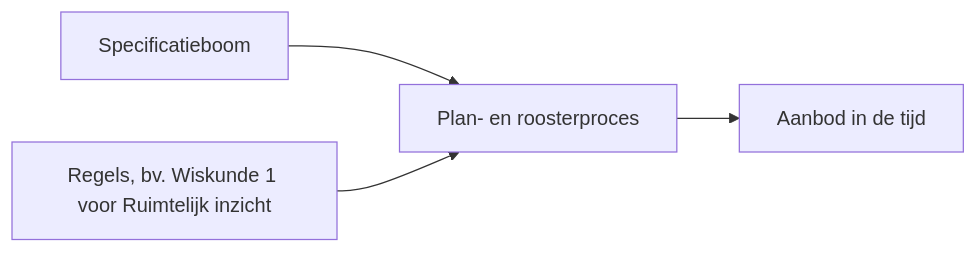
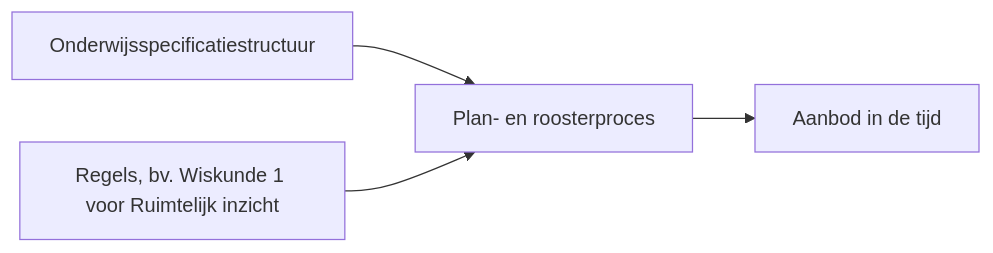
Before and after one commit to Npuls-OKx/meta: the third of 8 diagrams in architecture/agent-artifacts/design-docs/20260716_1414_okx-lr1-keuzedelen-requirements-voorstel.md, drawn with Mermaid. The commit also changed other lines of this file and 1 other file, not shown here.

````diff
--- a/architecture/agent-artifacts/design-docs/20260716_1414_okx-lr1-keuzedelen-requirements-voorstel.md
+++ b/architecture/agent-artifacts/design-docs/20260716_1414_okx-lr1-keuzedelen-requirements-voorstel.md
@@ -140,6 +132,6 @@
 ```mermaid
 flowchart LR
-    S["Specificatieboom"] --> P["Plan- en roosterproces"]
+    S["Onderwijsspecificatiestructuur"] --> P["Plan- en roosterproces"]
     R["Regels, bv. Wiskunde 1 voor Ruimtelijk inzicht"] --> P
     P --> A["Aanbod in de tijd"]
 ```
````
